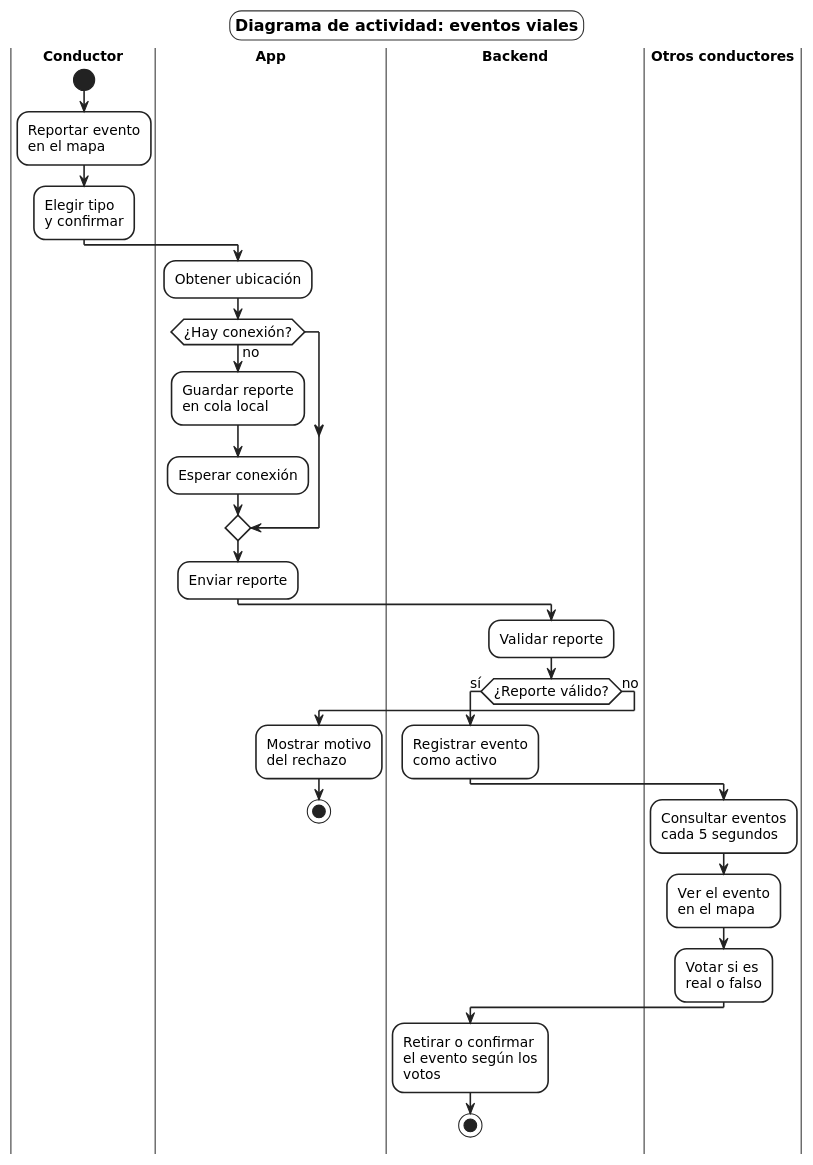
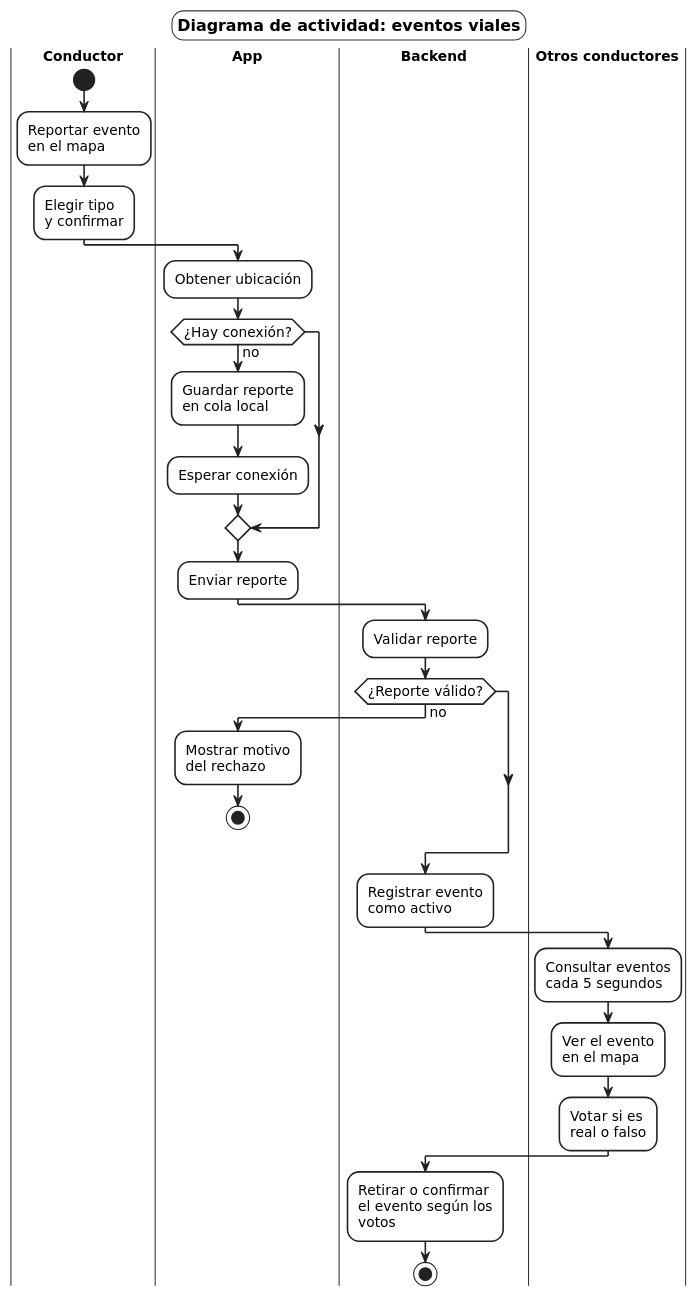
The diagram in 03_des/DiagramasPrueba/De Actividades/ACT-02_EventosViales.puml (uniWASD/ChuroViajeInterno), drawn with PlantUML before and after one commit. The commit also changed 37 other files, not shown here.

```diff
--- a/03_des/DiagramasPrueba/De Actividades/ACT-02_EventosViales.puml
+++ b/03_des/DiagramasPrueba/De Actividades/ACT-02_EventosViales.puml
@@ -1,64 +1,64 @@
 @startuml ACT-02_EventosViales
 ' Diagrama de actividad general: reportar, ver y votar eventos viales (CU-01 y CU-02)
 skinparam shadowing false
 skinparam defaultFontName "DejaVu Sans"
 skinparam defaultFontSize 13
 skinparam wrapWidth 160
 skinparam ArrowColor #222222
 skinparam backgroundColor white
 skinparam titleBorderThickness 1
 skinparam titleBorderColor #333333
 skinparam titleBorderRoundCorner 0
 skinparam titleFontSize 15
 skinparam titleBackgroundColor white
 skinparam roundCorner 22
 skinparam activity {
   BackgroundColor white
   BorderColor #222222
   BorderThickness 1.5
   DiamondBackgroundColor white
   DiamondBorderColor #222222
   StartColor #222222
   EndColor #222222
 }
 skinparam swimlane {
   BorderColor #333333
   BorderThickness 1
   TitleFontStyle bold
 }
 skinparam note {
   BackgroundColor white
   BorderColor #777777
 }
 
 title Diagrama de actividad: eventos viales
 
 |Conductor|
 start
 :Reportar evento\nen el mapa;
 :Elegir tipo\ny confirmar;
 |App|
 :Obtener ubicación;
 if (¿Hay conexión?) then (no)
   :Guardar reporte\nen cola local;
   :Esperar conexión;
 endif
 :Enviar reporte;
 |Backend|
 :Validar reporte;
-if (¿Reporte válido?) then (sí)
-  :Registrar evento\ncomo activo;
-  |Otros conductores|
-  :Consultar eventos\ncada 5 segundos;
-  :Ver el evento\nen el mapa;
-  :Votar si es\nreal o falso;
-  |Backend|
-  :Retirar o confirmar\nel evento según los votos;
-  stop
-else (no)
+if (¿Reporte válido?) then (no)
   |App|
   :Mostrar motivo\ndel rechazo;
   stop
 endif
+|Backend|
+:Registrar evento\ncomo activo;
+|Otros conductores|
+:Consultar eventos\ncada 5 segundos;
+:Ver el evento\nen el mapa;
+:Votar si es\nreal o falso;
+|Backend|
+:Retirar o confirmar\nel evento según los votos;
+stop
 
 @enduml
```
